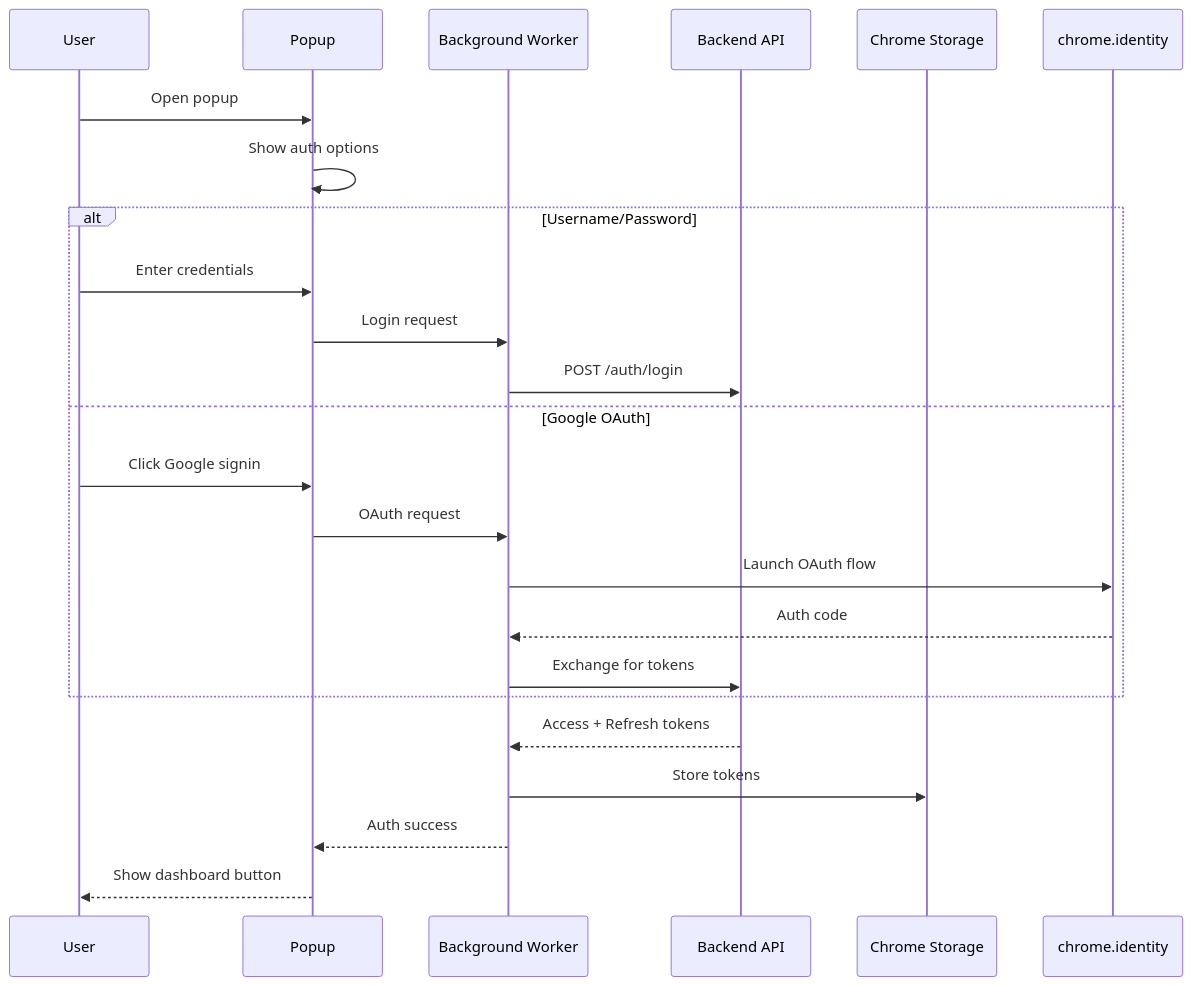
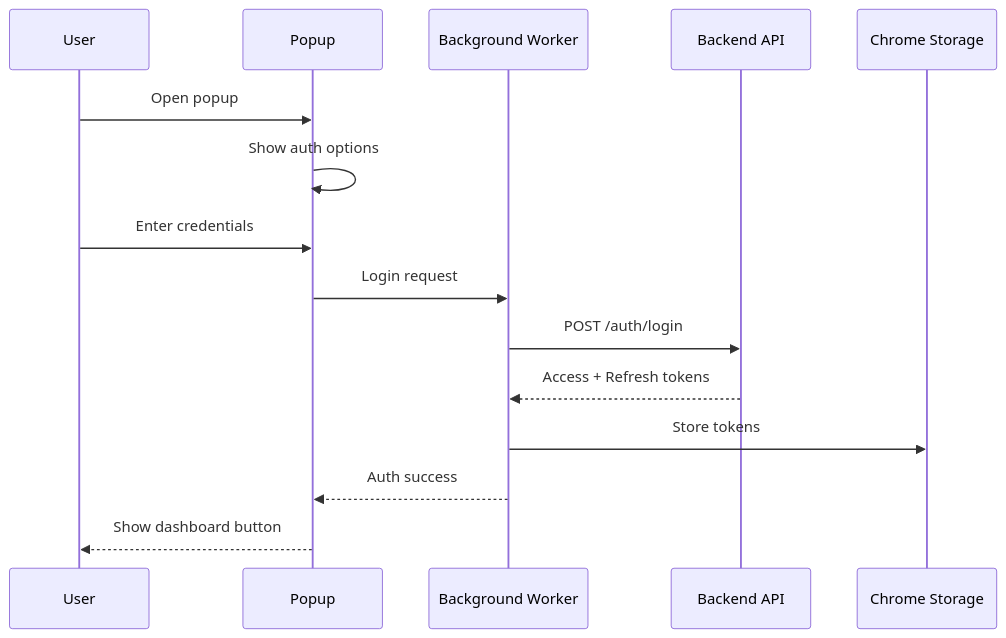
One commit to benidevo/vega-ai-extension changed the third of 3 diagrams in docs/TECHNICAL_DESIGN.md. Above: the diagram before and after it, drawn with Mermaid. The commit also changed other lines of this file and 10 other files, not shown here.

````diff
--- a/docs/TECHNICAL_DESIGN.md
+++ b/docs/TECHNICAL_DESIGN.md
@@ -230,28 +225,20 @@
 ```mermaid
 sequenceDiagram
     participant U as User
     participant P as Popup
     participant BG as Background Worker
     participant API as Backend API
     participant CS as Chrome Storage
 
     U->>P: Open popup
     P->>P: Show auth options
 
-    alt Username/Password
-        U->>P: Enter credentials
-        P->>BG: Login request
-        BG->>API: POST /auth/login
-    else Google OAuth
-        U->>P: Click Google signin
-        P->>BG: OAuth request
-        BG->>chrome.identity: Launch OAuth flow
-        chrome.identity-->>BG: Auth code
-        BG->>API: Exchange for tokens
-    end
+    U->>P: Enter credentials
+    P->>BG: Login request
+    BG->>API: POST /auth/login
 
     API-->>BG: Access + Refresh tokens
     BG->>CS: Store tokens
     BG-->>P: Auth success
     P-->>U: Show dashboard button
 ```
````
